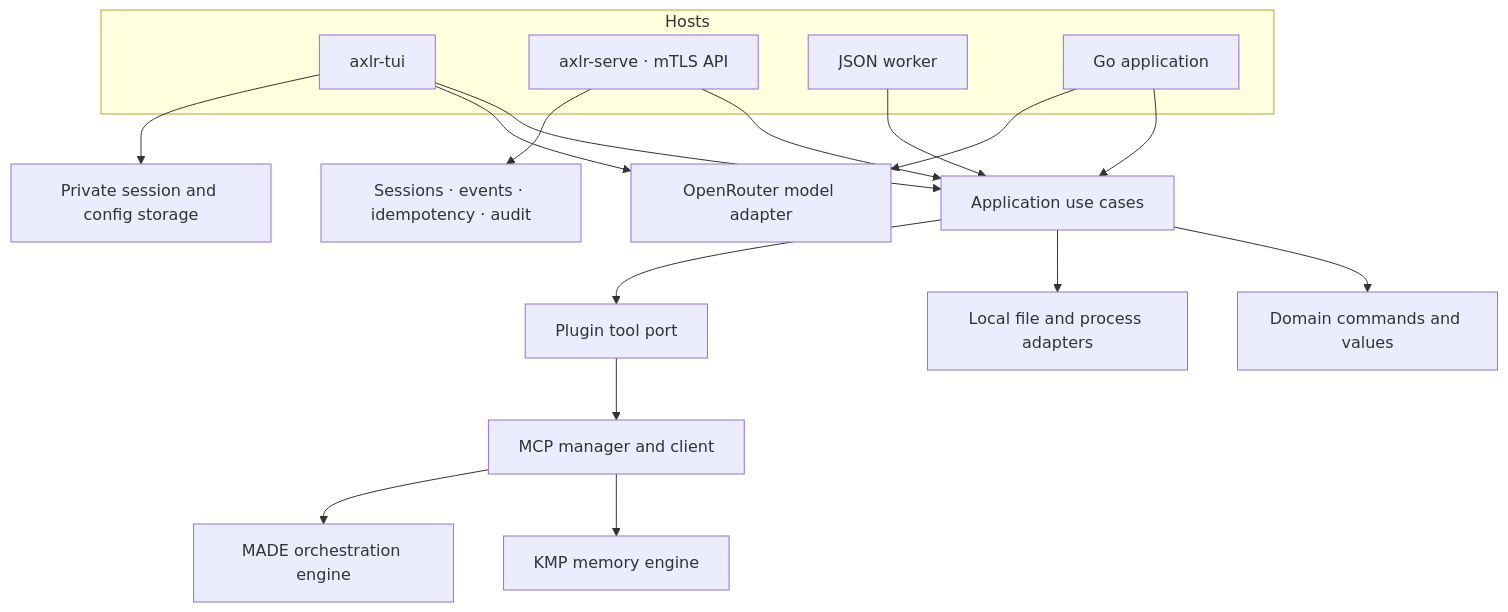
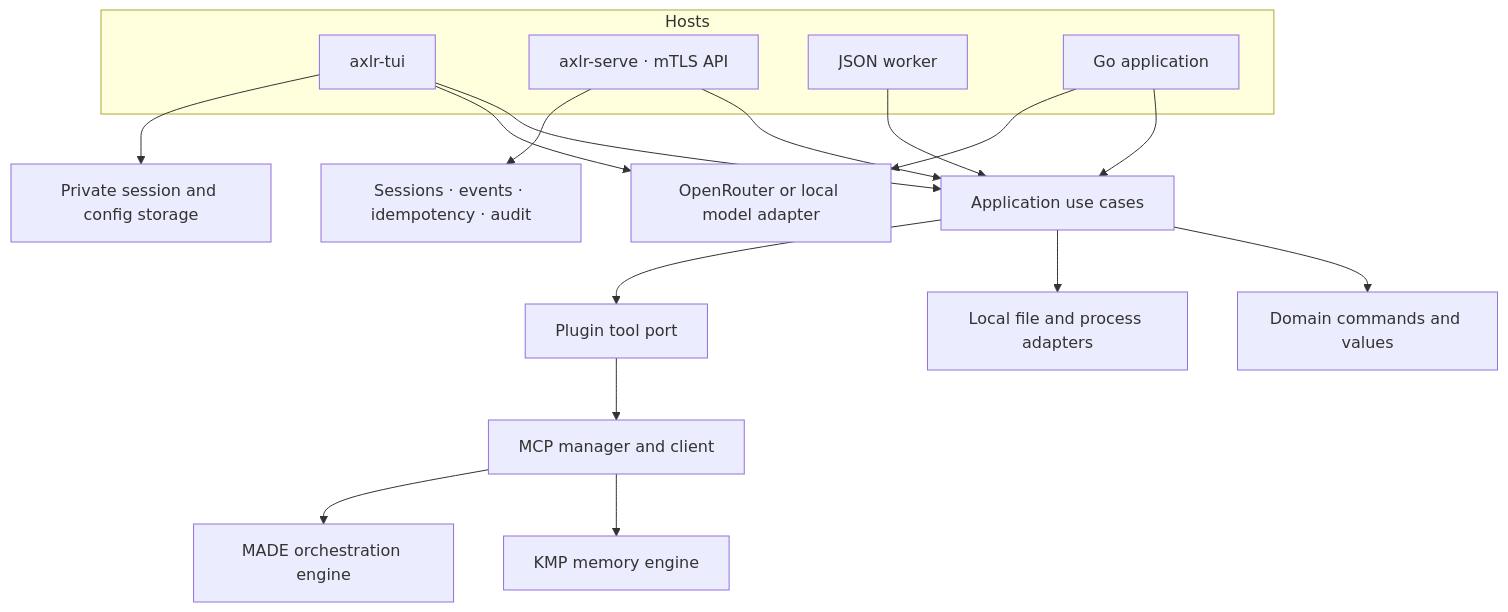
Before and after one commit to underpass-ai/AXLR: the diagram in docs/architecture.md, drawn with Mermaid. The commit also changed other lines of this file and 45 other files, not shown here.

First line of the commit message:
Serve local OpenAI-compatible models from settings.json with a configurable context window (#68)

````diff
--- a/docs/architecture.md
+++ b/docs/architecture.md
@@ -5,23 +5,23 @@
 ```mermaid
 flowchart TB
     subgraph Hosts
       T[axlr-tui]
       H[axlr-serve · mTLS API]
       W[JSON worker]
       G[Go application]
     end
     T --> A[Application use cases]
     H --> A
     W --> A
     G --> A
     A --> D[Domain commands and values]
     A --> L[Local file and process adapters]
     A --> P[Plugin tool port]
     P --> M[MCP manager and client]
-    T --> O[OpenRouter model adapter]
+    T --> O[OpenRouter or local model adapter]
     G --> O
     T --> S[Private session and config storage]
     H --> J[Sessions · events · idempotency · audit]
     M --> K[KMP memory engine]
     M --> C[MADE orchestration engine]
 ```
````
